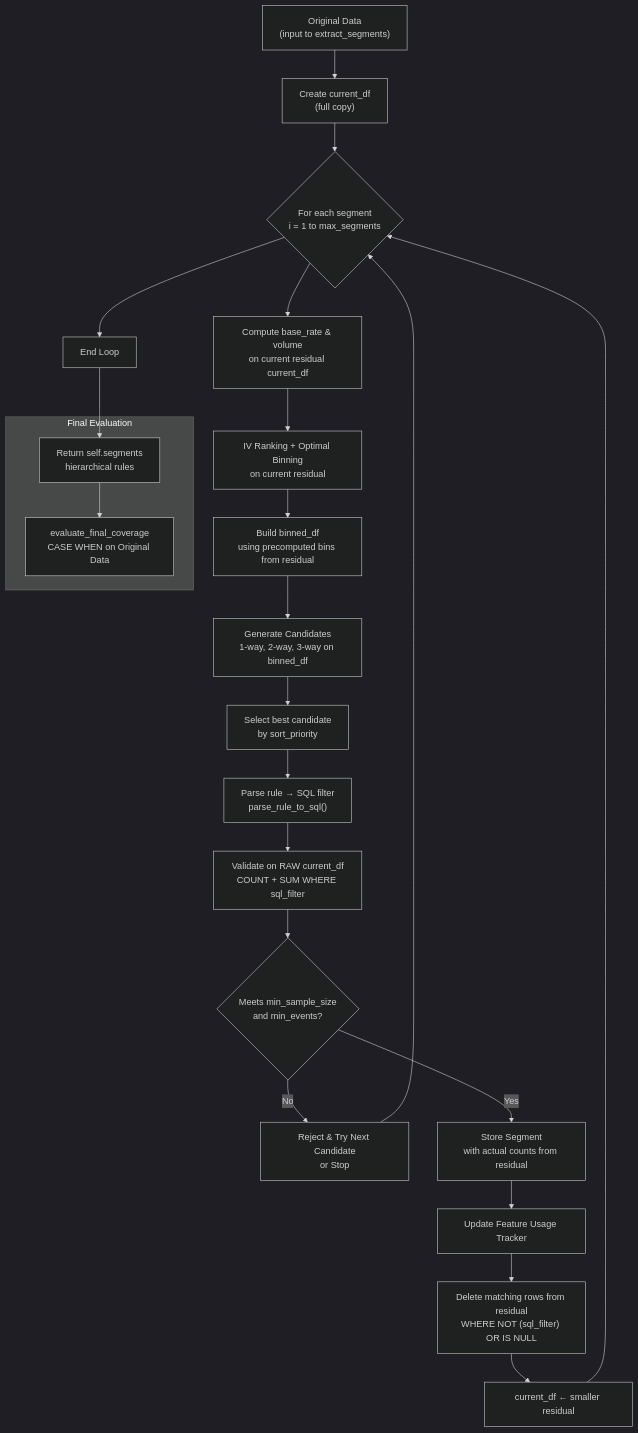
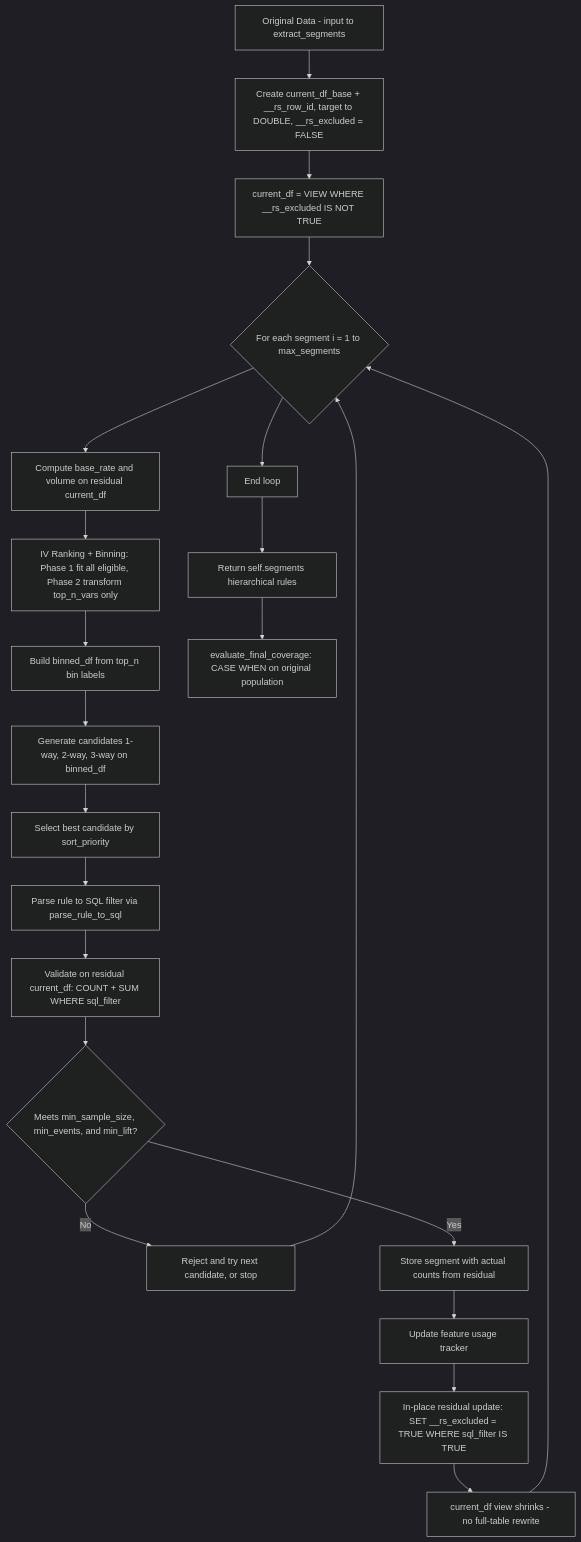
One commit to B2BDA/RapidSegment changed the third of 4 diagrams in README.md. Above: the diagram before and after it, drawn with Mermaid. The commit also changed other lines of this file, not shown here.

````diff
--- a/README.md
+++ b/README.md
@@ -243,48 +261,48 @@
 ```mermaid
 ---
 config:
   theme: dark
 ---
 flowchart TD
-    A["Original Data\n(input to extract_segments)"] 
-    --> B["Create current_df\n(full copy)"]
+    A["Original Data - input to extract_segments"]
+    --> B["Create current_df_base + __rs_row_id, target to DOUBLE, __rs_excluded = FALSE"]
 
-    B --> C{For each segment\ni = 1 to max_segments}
+    B --> V["current_df = VIEW WHERE __rs_excluded IS NOT TRUE"]
 
-    C --> D[Compute base_rate & volume\non current residual current_df]
+    V --> C{"For each segment i = 1 to max_segments"}
 
-    D --> E[IV Ranking + Optimal Binning\non current residual]
+    C --> D["Compute base_rate and volume on residual current_df"]
 
-    E --> F[Build binned_df\nusing precomputed bins from residual]
+    D --> E["IV Ranking + Binning: Phase 1 fit all eligible, Phase 2 transform top_n_vars only"]
 
-    F --> G[Generate Candidates\n1-way, 2-way, 3-way on binned_df]
+    E --> F["Build binned_df from top_n bin labels"]
 
-    G --> H[Select best candidate\nby sort_priority]
+    F --> G["Generate candidates 1-way, 2-way, 3-way on binned_df"]
 
-    H --> I["Parse rule → SQL filter\nparse_rule_to_sql()"]
+    G --> H["Select best candidate by sort_priority"]
 
-    I --> J[Validate on RAW current_df\nCOUNT + SUM WHERE sql_filter]
+    H --> I["Parse rule to SQL filter via parse_rule_to_sql"]
 
-    J --> K{Meets min_sample_size\nand min_events?}
+    I --> J["Validate on residual current_df: COUNT + SUM WHERE sql_filter"]
 
-    K -- No --> L[Reject & Try Next Candidate\nor Stop]
+    J --> K{"Meets min_sample_size, min_events, and min_lift?"}
+
+    K -- No --> L["Reject and try next candidate, or stop"]
     L --> C
 
-    K -- Yes --> M[Store Segment\nwith actual counts from residual]
+    K -- Yes --> M["Store segment with actual counts from residual"]
 
-    M --> N[Update Feature Usage Tracker]
+    M --> N["Update feature usage tracker"]
 
-    N --> O["Delete matching rows from residual\nWHERE NOT (sql_filter) OR IS NULL"]
+    N --> O["In-place residual update: SET __rs_excluded = TRUE WHERE sql_filter IS TRUE"]
 
-    O --> P[current_df ← smaller residual]
+    O --> P["current_df view shrinks - no full-table rewrite"]
 
     P --> C
 
-    C --> Q[End Loop]
+    C --> Q["End loop"]
 
-    Q --> R[Return self.segments\nhierarchical rules]
+    Q --> R["Return self.segments hierarchical rules"]
 
-    subgraph Final Evaluation
-    R --> S[evaluate_final_coverage\nCASE WHEN on Original Data]
-    end
+    R --> S["evaluate_final_coverage: CASE WHEN on original population"]
 ```
````
